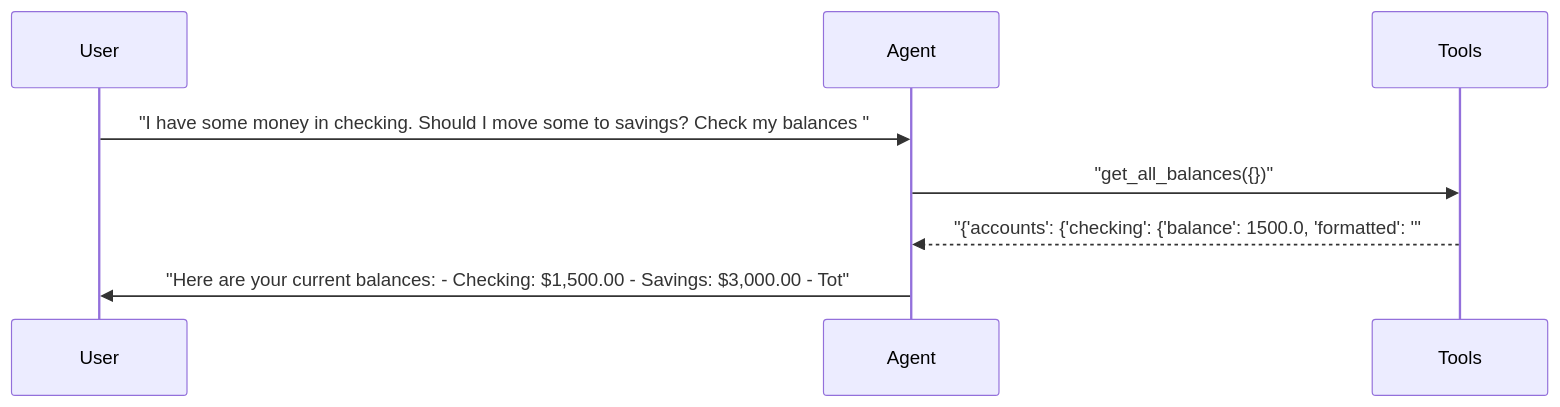
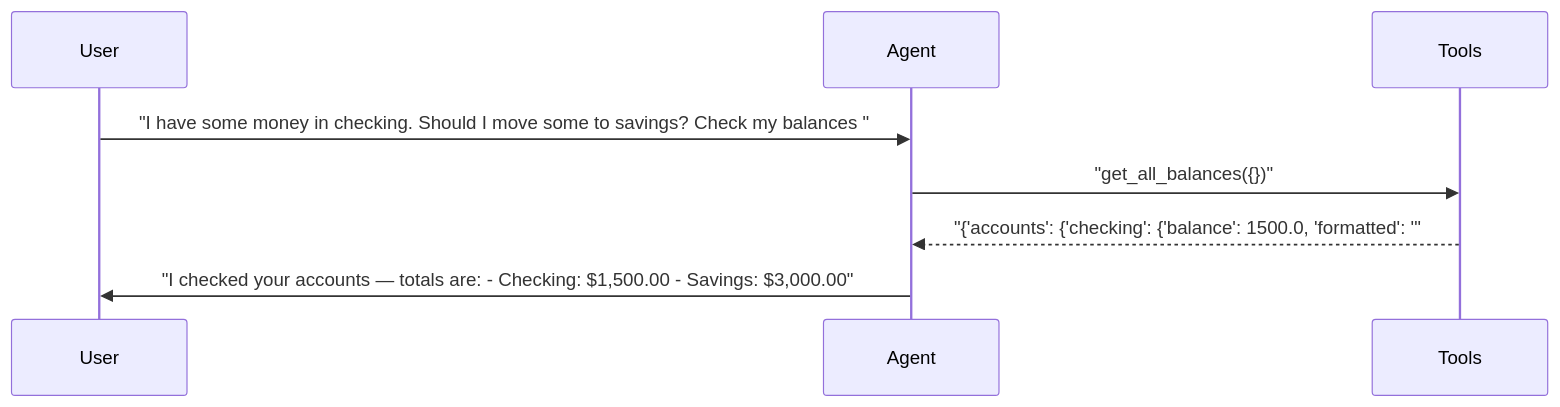
The seventh of 24 diagrams in docs/demo/hero-report.md (sbroenne/pytest-aitest), drawn with Mermaid before and after one commit. The commit also changed other lines of this file and 34 other files, not shown here.

````diff
--- a/docs/demo/hero-report.md
+++ b/docs/demo/hero-report.md
@@ -489,11 +463,11 @@
 ```mermaid
 sequenceDiagram
     participant User
     participant Agent
     participant Tools
 
     User->>Agent: "I have some money in checking. Should I move some to savings? Check my balances "
     Agent->>Tools: "get_all_balances({})"
     Tools-->>Agent: "{'accounts': {'checking': {'balance': 1500.0, 'formatted': '"
-    Agent->>User: "Here are your current balances: - Checking: $1,500.00 - Savings: $3,000.00 - Tot"
+    Agent->>User: "I checked your accounts — totals are: - Checking: $1,500.00 - Savings: $3,000.00"
 ```
````
